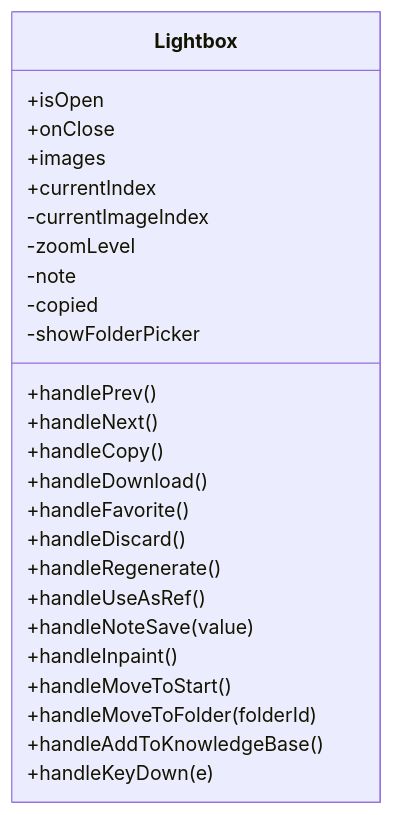
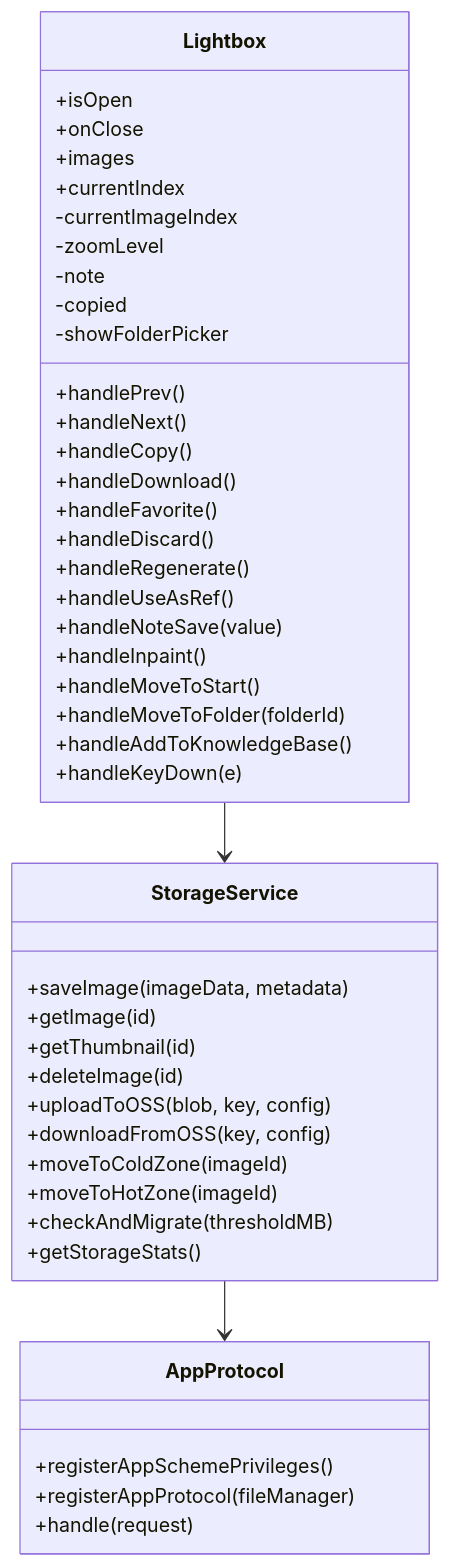
One commit to AlbusWei/AI-Image-Studio changed the third of 8 diagrams in .qoder/repowiki/zh/content/UI 组件库/Lightbox 图片查看器组件.md. Above: the diagram before and after it, drawn with Mermaid. The commit also changed other lines of this file and 37 other files, not shown here.

````diff
--- a/.qoder/repowiki/zh/content/UI 组件库/Lightbox 图片查看器组件.md
+++ b/.qoder/repowiki/zh/content/UI 组件库/Lightbox 图片查看器组件.md
@@ -160,28 +215,47 @@
 ```mermaid
 classDiagram
 class Lightbox {
 +isOpen
 +onClose
 +images
 +currentIndex
 -currentImageIndex
 -zoomLevel
 -note
 -copied
 -showFolderPicker
 +handlePrev()
 +handleNext()
 +handleCopy()
 +handleDownload()
 +handleFavorite()
 +handleDiscard()
 +handleRegenerate()
 +handleUseAsRef()
 +handleNoteSave(value)
 +handleInpaint()
 +handleMoveToStart()
 +handleMoveToFolder(folderId)
 +handleAddToKnowledgeBase()
 +handleKeyDown(e)
 }
+class StorageService {
++saveImage(imageData, metadata)
++getImage(id)
++getThumbnail(id)
++deleteImage(id)
++uploadToOSS(blob, key, config)
++downloadFromOSS(key, config)
++moveToColdZone(imageId)
++moveToHotZone(imageId)
++checkAndMigrate(thresholdMB)
++getStorageStats()
+}
+class AppProtocol {
++registerAppSchemePrivileges()
++registerAppProtocol(fileManager)
++handle(request)
+}
+Lightbox --> StorageService
+StorageService --> AppProtocol
 ```
````
